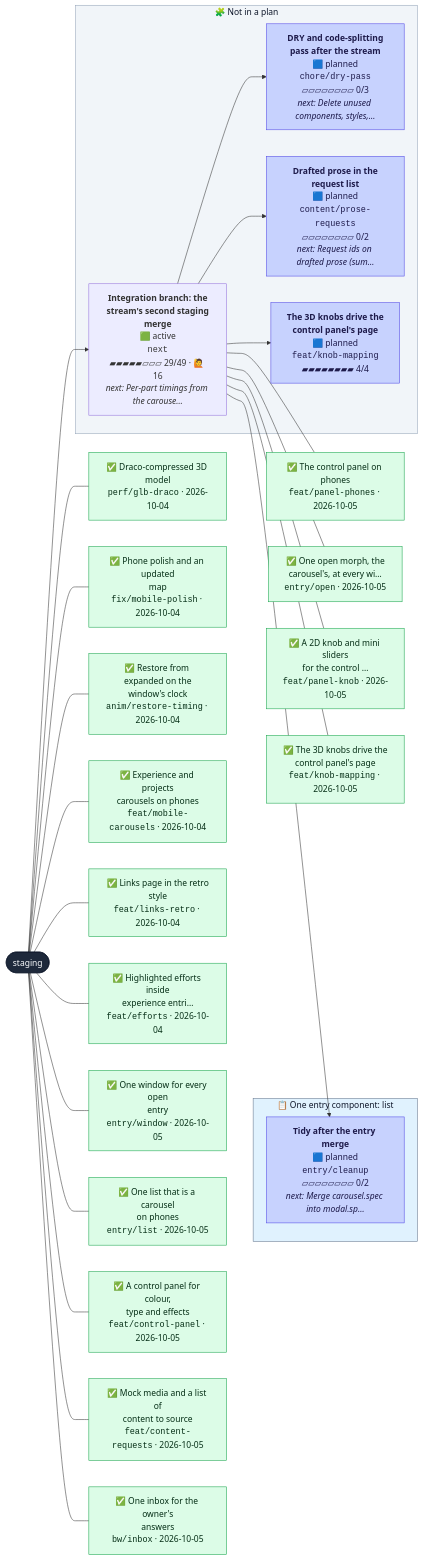
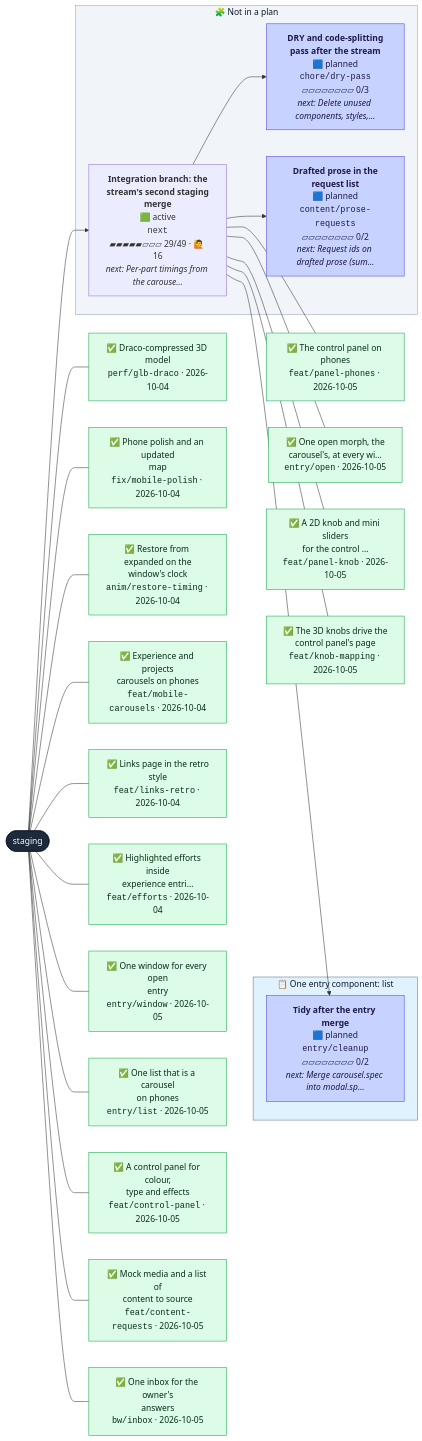
One commit to henryjonescodes/portfolio changed the second of 2 diagrams in CONTRIBUTING.md. Above: the diagram before and after it, drawn with Mermaid. The commit also changed other lines of this file, not shown here.

````diff
--- a/CONTRIBUTING.md
+++ b/CONTRIBUTING.md
@@ -66,80 +63,77 @@
 ```mermaid
 flowchart LR
   n_staging([staging])
   class n_staging trunk
   subgraph plan_0["📋 One entry component: list"]
     n_entry_cleanup["<b>Tidy after the entry merge</b><br/>🟦 planned<br/><code>entry/cleanup</code><br/>▱▱▱▱▱▱▱▱ 0/2<br/><i>next: Merge carousel.spec into modal.sp…</i>"]
     class n_entry_cleanup planned
   end
   style plan_0 fill:#e0f2fe,stroke:#64748b,color:#0f172a
   subgraph loose["🧩 Not in a plan"]
     n_chore_dry_pass["<b>DRY and code-splitting<br/>pass after the stream</b><br/>🟦 planned<br/><code>chore/dry-pass</code><br/>▱▱▱▱▱▱▱▱ 0/3<br/><i>next: Delete unused components, styles,…</i>"]
     class n_chore_dry_pass planned
     n_content_prose_requests["<b>Drafted prose in the<br/>request list</b><br/>🟦 planned<br/><code>content/prose-requests</code><br/>▱▱▱▱▱▱▱▱ 0/2<br/><i>next: Request ids on drafted prose (sum…</i>"]
     class n_content_prose_requests planned
-    n_feat_knob_mapping["<b>The 3D knobs drive the<br/>control panel's page</b><br/>🟦 planned<br/><code>feat/knob-mapping</code><br/>▰▰▰▰▰▰▰▰ 4/4"]
-    class n_feat_knob_mapping planned
     n_next["<b>Integration branch: the<br/>stream's second staging<br/>merge</b><br/>🟩 active<br/><code>next</code><br/>▰▰▰▰▰▱▱▱ 29/49 · 🙋 16<br/><i>next: Per-part timings from the carouse…</i>"]
     class n_next active,current
   end
   style loose fill:#f1f5f9,stroke:#94a3b8,color:#0f172a
   n_next --> n_chore_dry_pass
   n_next --> n_content_prose_requests
   n_next --> n_entry_cleanup
-  n_next --> n_feat_knob_mapping
   n_staging --> n_next
   landed_0["✅ Draco-compressed 3D model<br/><code>perf/glb-draco</code> · 2026-10-04"]
   class landed_0 merged
   n_staging --- landed_0
   landed_1["✅ Phone polish and an updated<br/>map<br/><code>fix/mobile-polish</code> · 2026-10-04"]
   class landed_1 merged
   n_staging --- landed_1
   landed_2["✅ Restore from expanded on the<br/>window's clock<br/><code>anim/restore-timing</code> · 2026-10-04"]
   class landed_2 merged
   n_staging --- landed_2
   landed_3["✅ Experience and projects<br/>carousels on phones<br/><code>feat/mobile-carousels</code> · 2026-10-04"]
   class landed_3 merged
   n_staging --- landed_3
   landed_4["✅ Links page in the retro<br/>style<br/><code>feat/links-retro</code> · 2026-10-04"]
   class landed_4 merged
   n_staging --- landed_4
   landed_5["✅ Highlighted efforts inside<br/>experience entri…<br/><code>feat/efforts</code> · 2026-10-04"]
   class landed_5 merged
   n_staging --- landed_5
   landed_6["✅ One window for every open<br/>entry<br/><code>entry/window</code> · 2026-10-05"]
   class landed_6 merged
   n_staging --- landed_6
   landed_7["✅ One list that is a carousel<br/>on phones<br/><code>entry/list</code> · 2026-10-05"]
   class landed_7 merged
   n_staging --- landed_7
   landed_8["✅ A control panel for colour,<br/>type and effects<br/><code>feat/control-panel</code> · 2026-10-05"]
   class landed_8 merged
   n_staging --- landed_8
   landed_9["✅ Mock media and a list of<br/>content to source<br/><code>feat/content-requests</code> · 2026-10-05"]
   class landed_9 merged
   n_staging --- landed_9
   landed_10["✅ One inbox for the owner's<br/>answers<br/><code>bw/inbox</code> · 2026-10-05"]
   class landed_10 merged
   n_staging --- landed_10
   landed_11["✅ The control panel on phones<br/><code>feat/panel-phones</code> · 2026-10-05"]
   class landed_11 merged
   n_next --- landed_11
   landed_12["✅ One open morph, the<br/>carousel's, at every wi…<br/><code>entry/open</code> · 2026-10-05"]
   class landed_12 merged
   n_next --- landed_12
   landed_13["✅ A 2D knob and mini sliders<br/>for the control …<br/><code>feat/panel-knob</code> · 2026-10-05"]
   class landed_13 merged
   n_next --- landed_13
   landed_14["✅ The 3D knobs drive the<br/>control panel's page<br/><code>feat/knob-mapping</code> · 2026-10-05"]
   class landed_14 merged
   n_next --- landed_14
   classDef merged fill:#dcfce7,stroke:#16a34a,color:#052e16
   classDef todo fill:#ffffff,stroke:#94a3b8,stroke-dasharray:2 2,color:#334155
   classDef planned fill:#c7d2fe,stroke:#4f46e5,color:#1e1b4b
   classDef sketched fill:#f8fafc,stroke:#64748b,stroke-dasharray:4 3,color:#334155
   classDef active fill:#bbf7d0,stroke:#16a34a,stroke-width:3px,color:#052e16
   classDef review fill:#fde68a,stroke:#d97706,stroke-width:3px,color:#451a03
   classDef blocked fill:#fecaca,stroke:#dc2626,stroke-width:3px,color:#450a0a
   classDef trunk fill:#1e293b,stroke:#0f172a,color:#f8fafc
   classDef current stroke:#0ea5e9,stroke-width:5px
 ```
````
